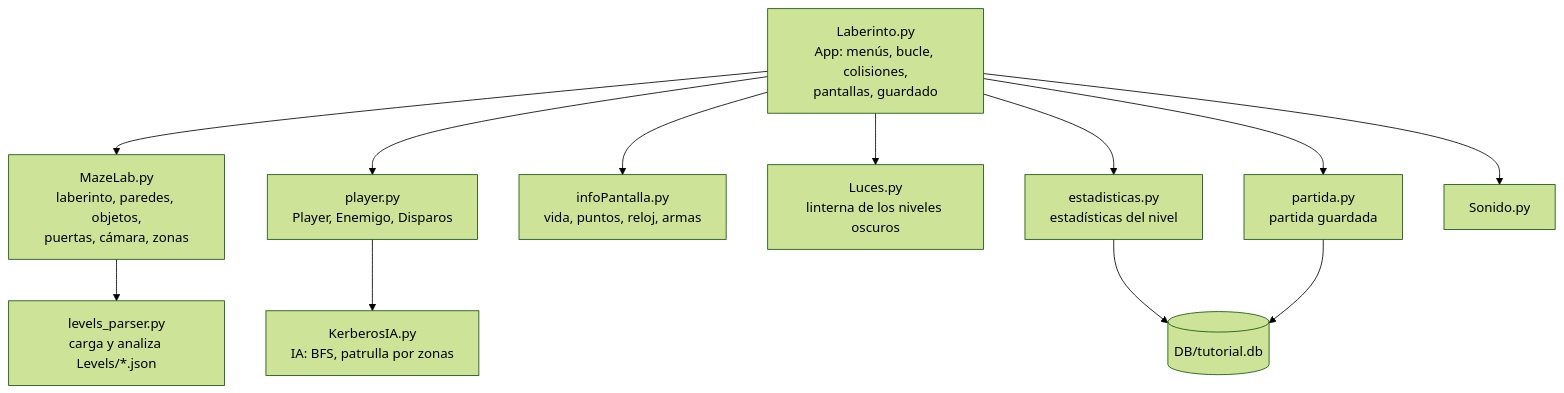
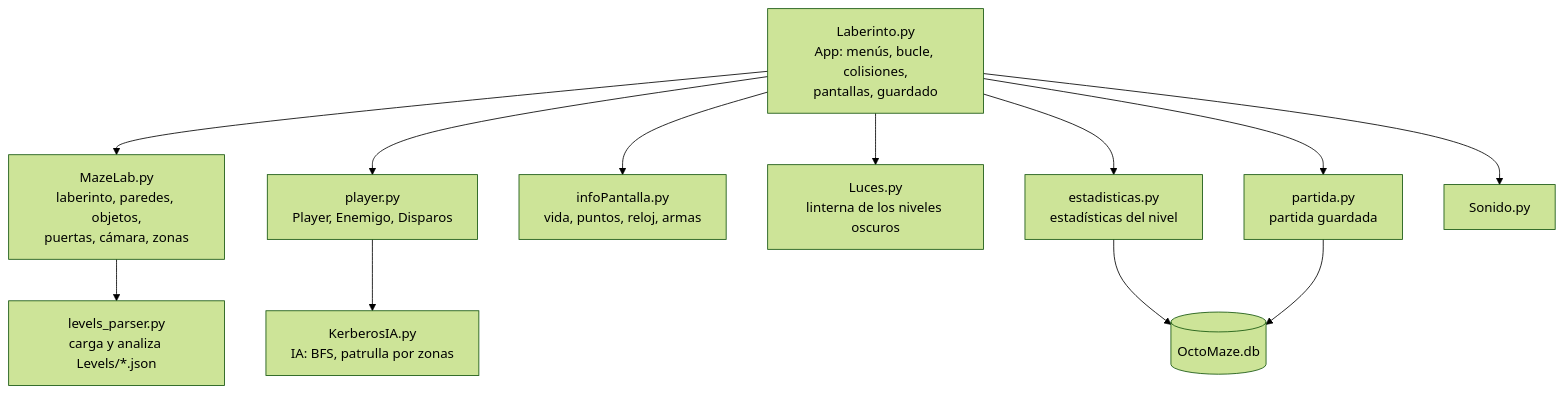
Before and after one commit to memmaker650/LaberintoPython: the third of 3 diagrams in README.md, drawn with Mermaid (forest theme). The commit also changed other lines of this file and 6 other files, not shown here.

````diff
--- a/README.md
+++ b/README.md
@@ -111,14 +112,14 @@
 ```mermaid
 flowchart TD
     LAB[Laberinto.py<br/>App: menús, bucle, colisiones,<br/>pantallas, guardado] --> MAZE[MazeLab.py<br/>laberinto, paredes, objetos,<br/>puertas, cámara, zonas]
     LAB --> PL[player.py<br/>Player, Enemigo, Disparos]
     LAB --> HUD[infoPantalla.py<br/>vida, puntos, reloj, armas]
     LAB --> LUZ[Luces.py<br/>linterna de los niveles oscuros]
     LAB --> EST[estadisticas.py<br/>estadísticas del nivel]
     LAB --> PAR[partida.py<br/>partida guardada]
     LAB --> SON[Sonido.py]
     PL --> IA[KerberosIA.py<br/>IA: BFS, patrulla por zonas]
     MAZE --> LP[levels_parser.py<br/>carga y analiza Levels/*.json]
-    EST --> BD[(DB/tutorial.db)]
+    EST --> BD[(OctoMaze.db)]
     PAR --> BD
 ```
````
